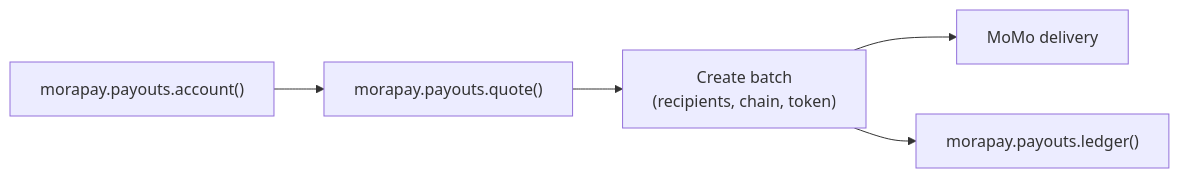
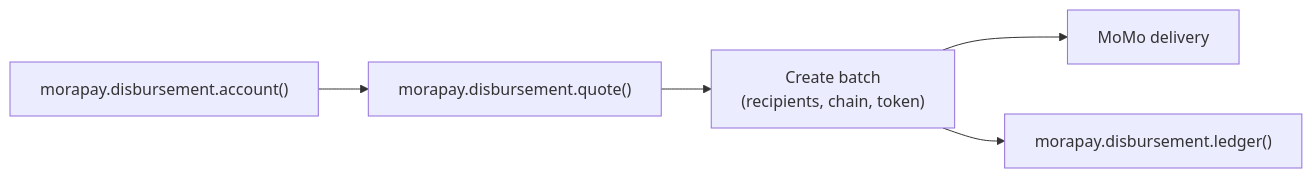
One commit to morapay-app/docs changed the diagram in concepts/payouts-momo.mdx. Above: the diagram before and after it, drawn with Mermaid. The commit also changed other lines of this file and 12 other files, not shown here.

````diff
--- a/concepts/payouts-momo.mdx
+++ b/concepts/payouts-momo.mdx
@@ -14,11 +14,11 @@
 ```mermaid
 flowchart LR
-  A["morapay.payouts.account()"]
-  Q["morapay.payouts.quote()"]
+  A["morapay.disbursement.account()"]
+  Q["morapay.disbursement.quote()"]
   B["Create batch\n(recipients, chain, token)"]
-  L["morapay.payouts.ledger()"]
+  L["morapay.disbursement.ledger()"]
   M["MoMo delivery"]
 
   A --> Q --> B --> M
   B --> L
 ```
````
